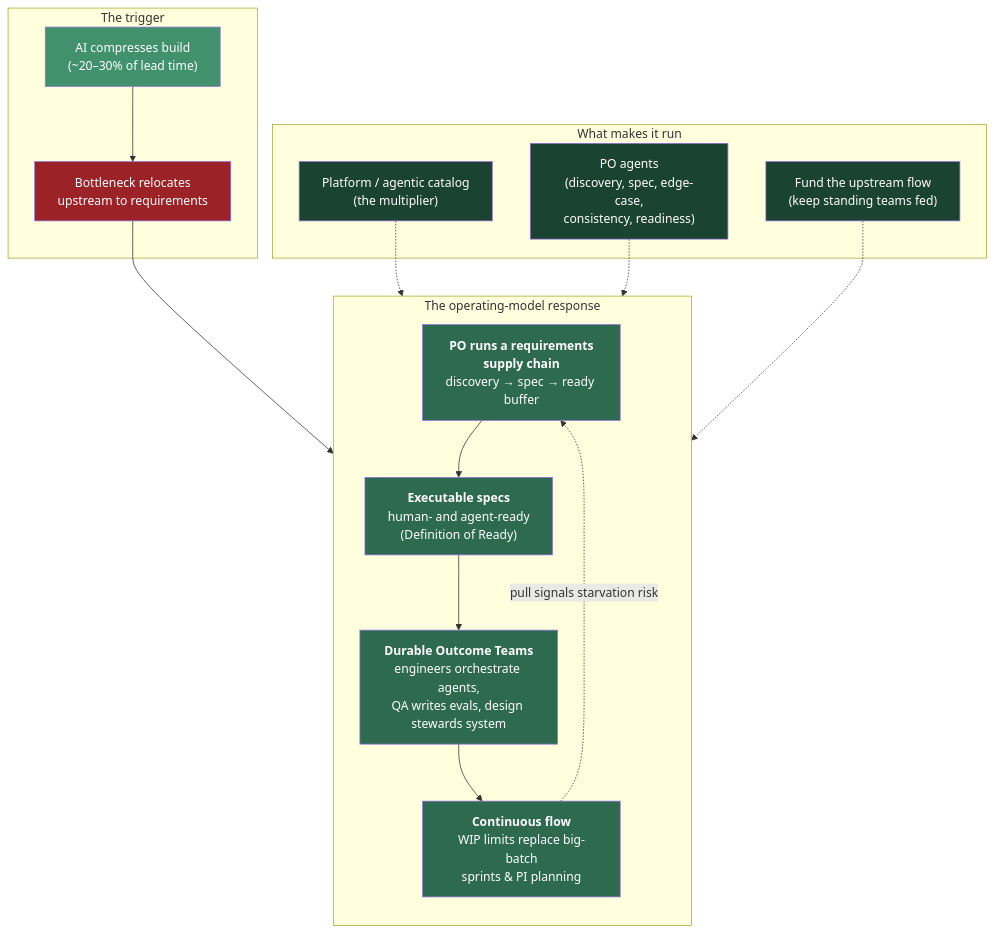
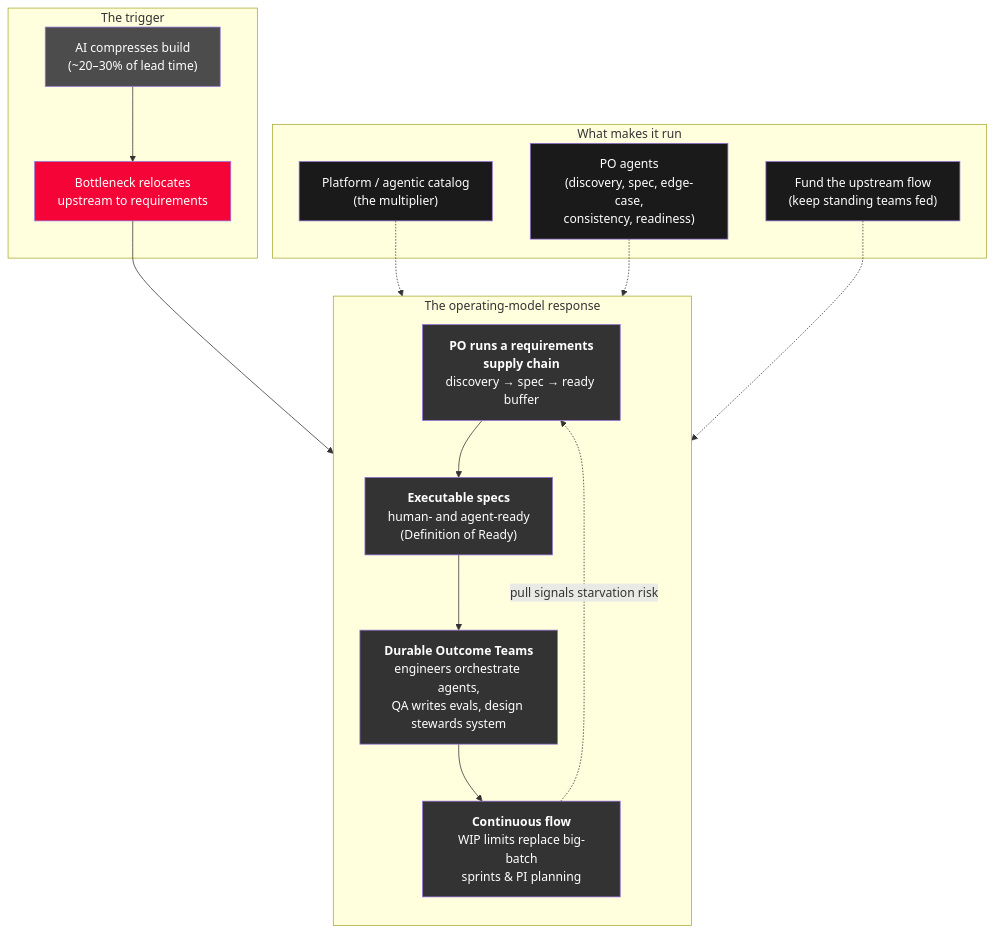
The first of 2 diagrams in docs/model-at-a-glance.md (RED-Internal-Development/delivery-operating-model), drawn with Mermaid before and after one commit. The commit also changed other lines of this file and 1 other file, not shown here.

Commit message:
style(diagrams): recolor executive-summary and model-at-a-glance to Audi RED brand

````diff
--- a/docs/model-at-a-glance.md
+++ b/docs/model-at-a-glance.md
@@ -9,38 +9,38 @@
 ```mermaid
 flowchart TB
     subgraph CAUSE["The trigger"]
         AI["AI compresses build<br/>(~20–30% of lead time)"]
         AI --> BN["Bottleneck relocates<br/>upstream to requirements"]
     end
 
     subgraph RESPONSE["The operating-model response"]
         direction TB
         PO["<b>PO runs a requirements<br/>supply chain</b><br/>discovery → spec → ready buffer"]
         SPEC["<b>Executable specs</b><br/>human- and agent-ready<br/>(Definition of Ready)"]
         TEAM["<b>Durable Outcome Teams</b><br/>engineers orchestrate agents,<br/>QA writes evals, design stewards system"]
         FLOW["<b>Continuous flow</b><br/>WIP limits replace big-batch<br/>sprints & PI planning"]
         PO --> SPEC --> TEAM --> FLOW
         FLOW -. "pull signals starvation risk" .-> PO
     end
 
     subgraph ENABLERS["What makes it run"]
         PLAT["Platform / agentic catalog<br/>(the multiplier)"]
         AGENTS["PO agents<br/>(discovery, spec, edge-case,<br/>consistency, readiness)"]
         FUND["Fund the upstream flow<br/>(keep standing teams fed)"]
     end
 
     BN --> PO
     PLAT -.-> TEAM
     AGENTS -.-> SPEC
     FUND -.-> TEAM
 
-    style AI fill:#40916c,color:#fff
-    style BN fill:#9b2226,color:#fff
-    style PO fill:#2d6a4f,color:#fff
-    style SPEC fill:#2d6a4f,color:#fff
-    style TEAM fill:#2d6a4f,color:#fff
-    style FLOW fill:#2d6a4f,color:#fff
-    style PLAT fill:#1b4332,color:#fff
-    style AGENTS fill:#1b4332,color:#fff
-    style FUND fill:#1b4332,color:#fff
+    style AI fill:#4C4C4C,color:#fff
+    style BN fill:#F50537,color:#fff
+    style PO fill:#333333,color:#fff
+    style SPEC fill:#333333,color:#fff
+    style TEAM fill:#333333,color:#fff
+    style FLOW fill:#333333,color:#fff
+    style PLAT fill:#1A1A1A,color:#fff
+    style AGENTS fill:#1A1A1A,color:#fff
+    style FUND fill:#1A1A1A,color:#fff
 ```
````
